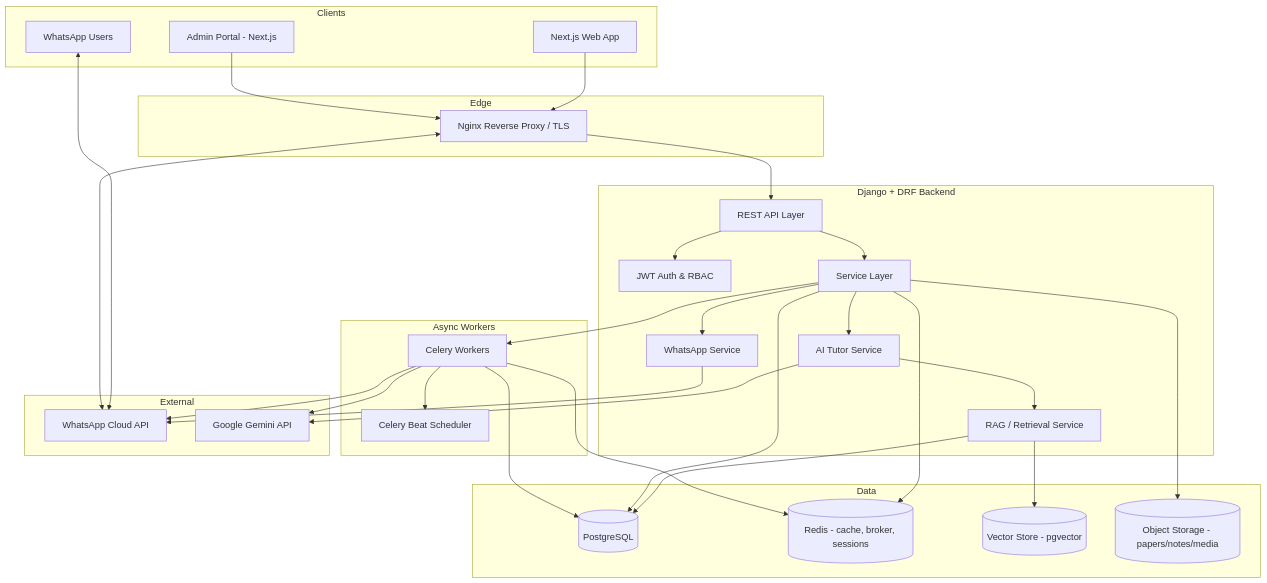
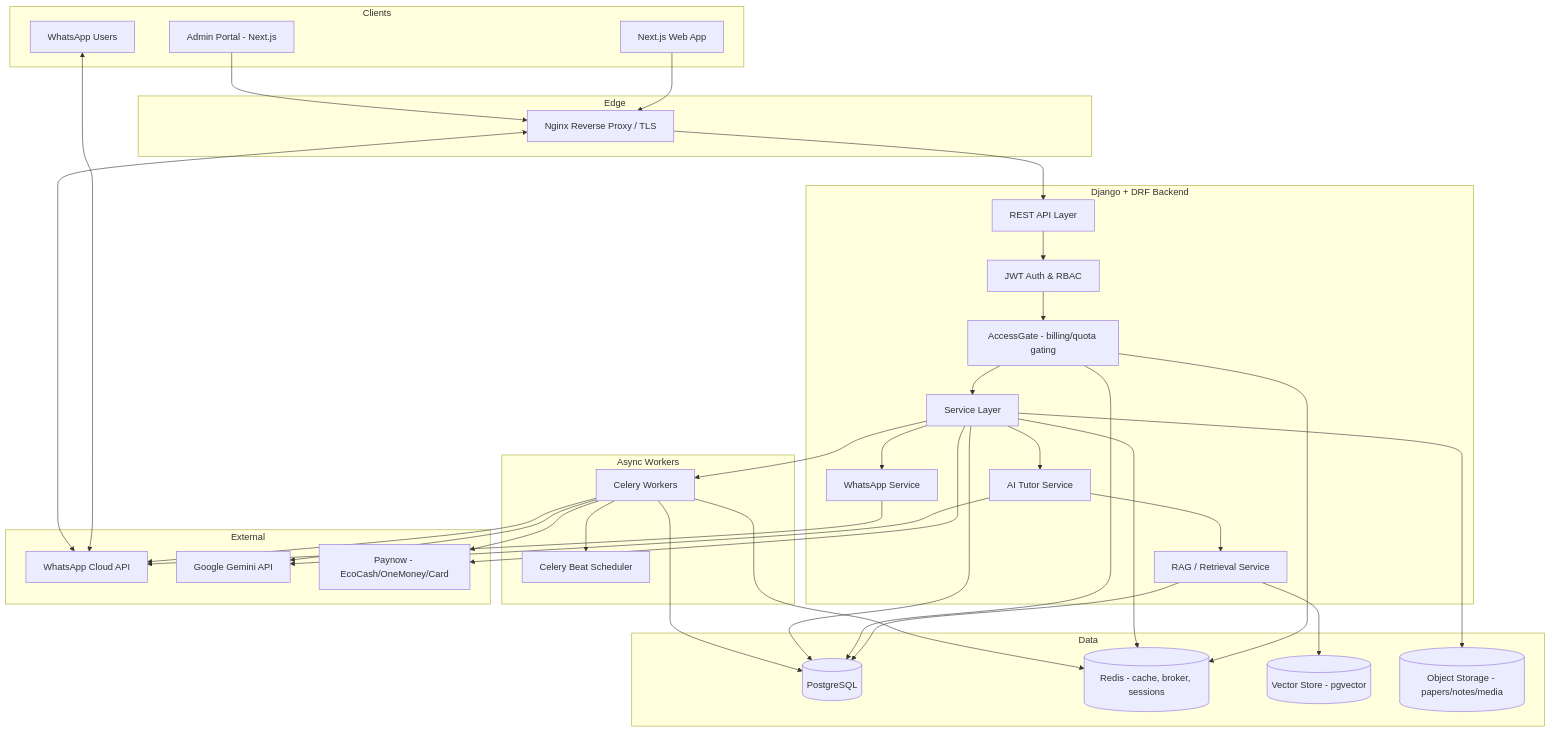
Before and after one commit to morebnyemba/zimsecbot: the first of 3 diagrams in docs/ARCHITECTURE.md, drawn with Mermaid. The commit also changed other lines of this file and 4 other files, not shown here.

First line of the commit message:
Add monetization plans and access gating architecture

````diff
--- a/docs/ARCHITECTURE.md
+++ b/docs/ARCHITECTURE.md
@@ -9,62 +9,69 @@
 ```mermaid
 flowchart TB
     subgraph Clients
         WEB[Next.js Web App]
         WA[WhatsApp Users]
         ADMIN[Admin Portal - Next.js]
     end
 
     subgraph Edge
         NGINX[Nginx Reverse Proxy / TLS]
     end
 
     subgraph Backend["Django + DRF Backend"]
         API[REST API Layer]
         AUTH[JWT Auth & RBAC]
+        GATE[AccessGate - billing/quota gating]
         SVC[Service Layer]
         WHATSAPP_SVC[WhatsApp Service]
         AI_SVC[AI Tutor Service]
         RAG[RAG / Retrieval Service]
     end
 
     subgraph Async["Async Workers"]
         CELERY[Celery Workers]
         BEAT[Celery Beat Scheduler]
     end
 
     subgraph Data
         PG[(PostgreSQL)]
         REDIS[(Redis - cache, broker, sessions)]
         VEC[(Vector Store - pgvector)]
         S3[(Object Storage - papers/notes/media)]
     end
 
     subgraph External
         META[WhatsApp Cloud API]
         GEMINI[Google Gemini API]
+        PAYNOW[Paynow - EcoCash/OneMoney/Card]
     end
 
     WEB --> NGINX
     ADMIN --> NGINX
     WA <--> META
     META <--> NGINX
     NGINX --> API
     API --> AUTH
-    API --> SVC
+    AUTH --> GATE
+    GATE --> SVC
     SVC --> WHATSAPP_SVC
     SVC --> AI_SVC
     AI_SVC --> RAG
     RAG --> VEC
     RAG --> PG
     AI_SVC --> GEMINI
     WHATSAPP_SVC --> META
+    GATE --> REDIS
+    GATE --> PG
+    SVC --> PAYNOW
     SVC --> PG
     SVC --> REDIS
     SVC --> S3
     SVC --> CELERY
     CELERY --> BEAT
     CELERY --> PG
     CELERY --> REDIS
     CELERY --> GEMINI
     CELERY --> META
+    CELERY --> PAYNOW
 ```
````
